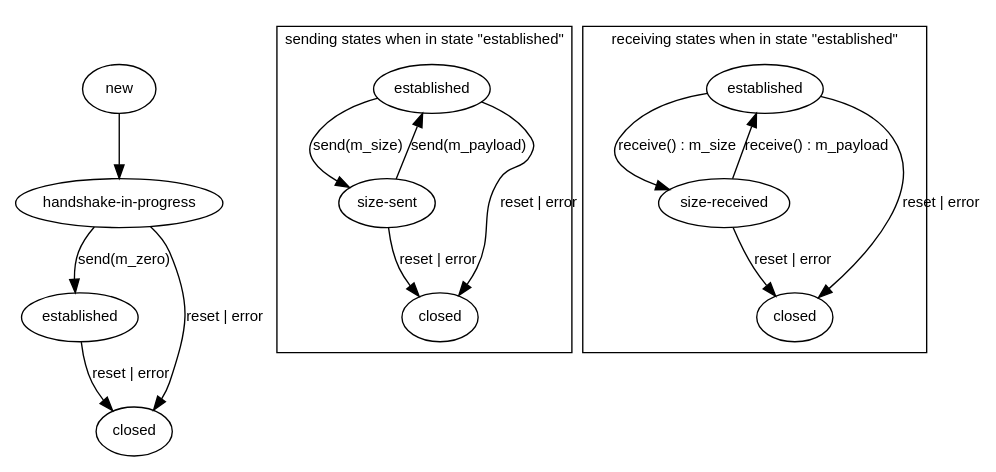
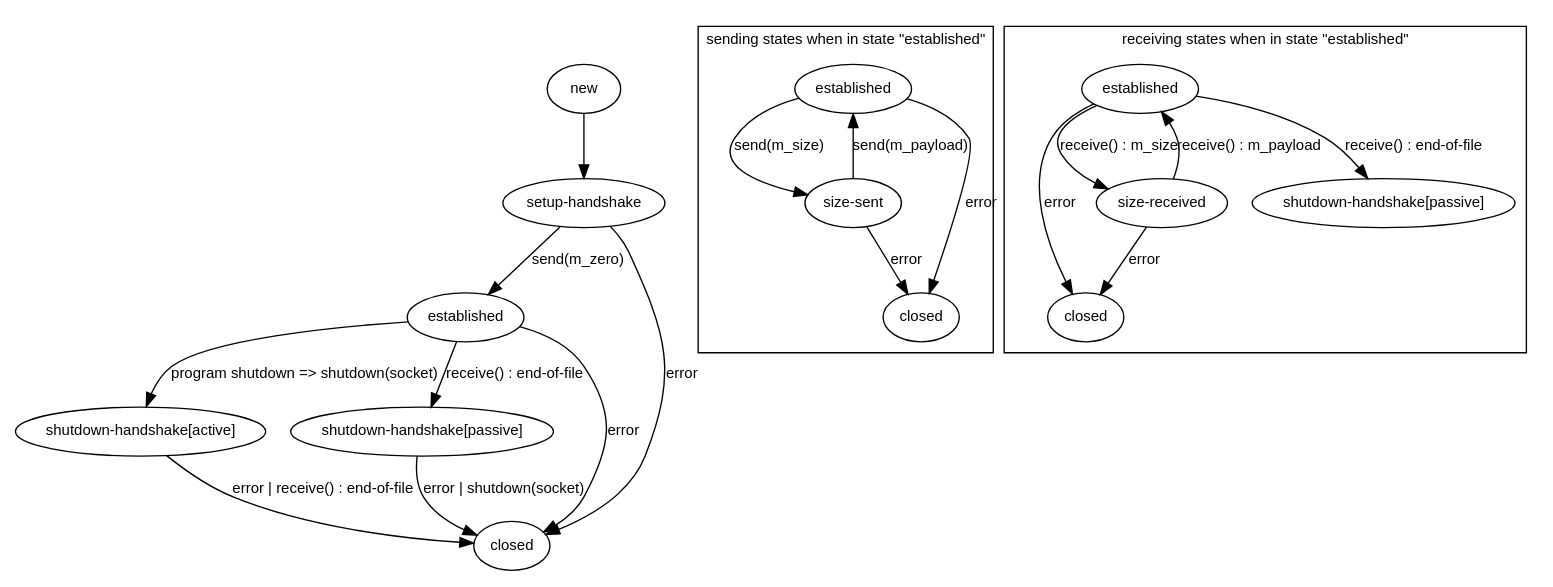
One commit to open-rsx/rsb-manual changed the second of 2 diagrams in specification-socket.rst. Above: the diagram before and after it, drawn with Graphviz. The commit also changed other lines of this file, not shown here.

First line of the commit message:
Added description of shutdown handshake protocol in specification-socket.rst

```diff
--- a/specification-socket.rst
+++ b/specification-socket.rst
@@ -180,37 +227,45 @@
 .. digraph:: server_states
 
    fontname=Arial
    fontsize=11
    node [fontsize=11,fontname=Arial]
    edge [fontsize=11,fontname=Arial]
 
    "new";
-   "handshake-in-progress";
+   "setup-handshake";
    "established";
+   "shutdown-handshake-active" [label="shutdown-handshake[active]"];
+   "shutdown-handshake-passive" [label="shutdown-handshake[passive]"];
    "closed";
-   "new" -> "handshake-in-progress";
-   "handshake-in-progress" -> "established" [label="send(m_zero)"];
-   "handshake-in-progress" -> "closed" [label="reset | error"];
-   "established" -> "closed" [label="reset | error"];
+   "new" -> "setup-handshake";
+   "setup-handshake" -> "established" [label="send(m_zero)"];
+   "setup-handshake" -> "closed" [label="error"];
+   "established" -> "closed" [label="error"];
+   "established" -> "shutdown-handshake-active" [label="program shutdown => shutdown(socket)"];
+   "shutdown-handshake-active" -> "closed" [label="error | receive() : end-of-file"];
+   "established" -> "shutdown-handshake-passive" [label="receive() : end-of-file"];
+   "shutdown-handshake-passive" -> "closed" [label="error | shutdown(socket)"];
 
-    subgraph cluster_established_send {
+   subgraph cluster_established_send {
      label="sending states when in state \"established\""
      "established-send" [label="established"];
      "size-sent";
      "closed-send" [label="closed"];
      "established-send" -> "size-sent" [label="send(m_size)"];
      "size-sent" -> "established-send" [label="send(m_payload)"];
-     "established-send" -> "closed-send" [label="reset | error"];
-     "size-sent" -> "closed-send" [label="reset | error"];
+     "established-send" -> "closed-send" [label="error"];
+     "size-sent" -> "closed-send" [label="error"];
    };
 
-    subgraph cluster_established_receive {
+   subgraph cluster_established_receive {
      label="receiving states when in state \"established\""
      "established-receive" [label="established"];
      "size-received";
      "closed-receive" [label="closed"];
+     "shutdown-handshake-receive" [label="shutdown-handshake[passive]"];
      "established-receive" -> "size-received" [label="receive() : m_size"];
      "size-received" -> "established-receive" [label="receive() : m_payload"];
-     "established-receive" -> "closed-receive" [label="reset | error"];
-     "size-received" -> "closed-receive" [label="reset | error"];
+     "established-receive" -> "closed-receive" [label="error"];
+     "size-received" -> "closed-receive" [label="error"];
+     "established-receive" -> "shutdown-handshake-receive" [label="receive() : end-of-file"];
    };
```
